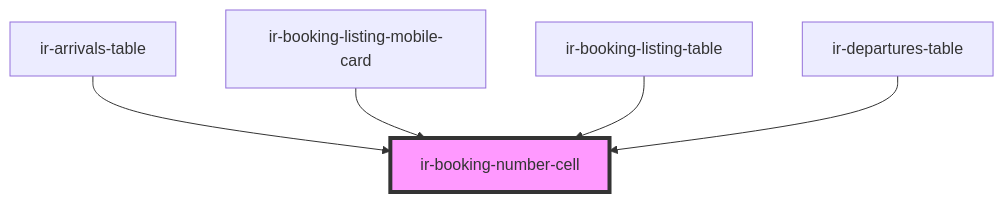
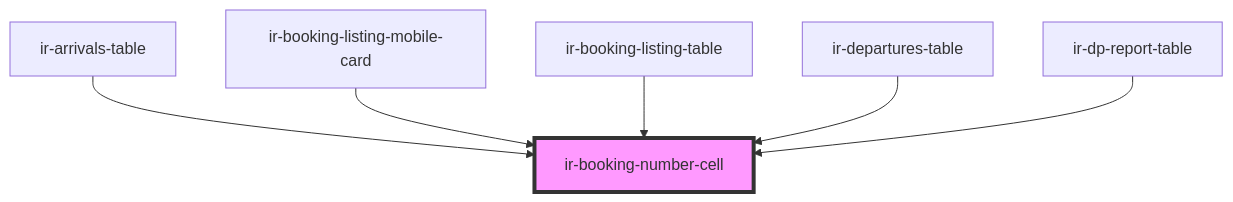
Before and after one commit to RonyRizk/ir-webcmp: the diagram in src/components/table-cells/booking/ir-booking-number-cell/readme.md, drawn with Mermaid. The commit also changed other lines of this file and 107 other files, not shown here.

````diff
--- a/src/components/table-cells/booking/ir-booking-number-cell/readme.md
+++ b/src/components/table-cells/booking/ir-booking-number-cell/readme.md
@@ -35,8 +44,9 @@
 ```mermaid
 graph TD;
   ir-arrivals-table --> ir-booking-number-cell
   ir-booking-listing-mobile-card --> ir-booking-number-cell
   ir-booking-listing-table --> ir-booking-number-cell
   ir-departures-table --> ir-booking-number-cell
+  ir-dp-report-table --> ir-booking-number-cell
   style ir-booking-number-cell fill:#f9f,stroke:#333,stroke-width:4px
 ```
````
